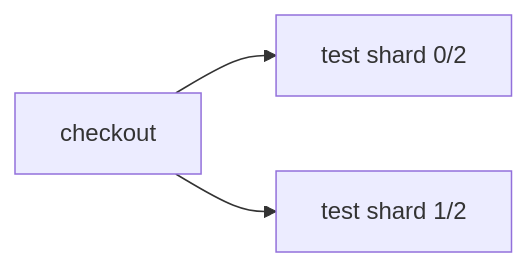
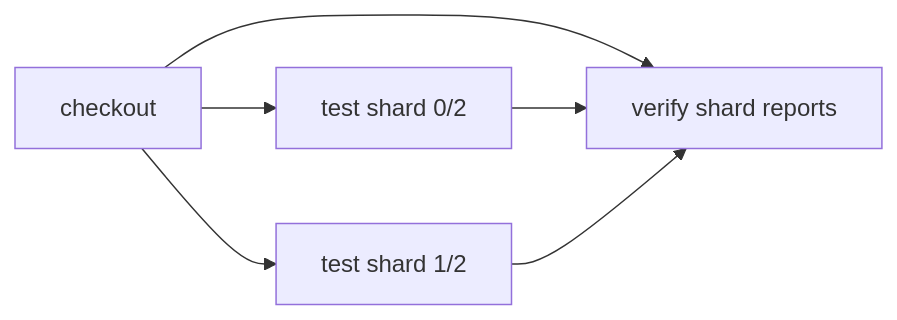
One commit to ericclemmons/effect-ci-testbed changed the diagram in examples/test-splitting/README.md. Above: the diagram before and after it, drawn with Mermaid. The commit also changed other lines of this file and 33 other files, not shown here.

First line of the commit message:
Verify matrix and test splitting on hosted Cloudflare (#401)

````diff
--- a/examples/test-splitting/README.md
+++ b/examples/test-splitting/README.md
@@ -5,8 +5,12 @@
 ```mermaid
 flowchart LR
   step_checkout["checkout"]
   step_test_shard_0_2["test shard 0/2"]
   step_test_shard_1_2["test shard 1/2"]
+  step_verify_shard_reports["verify shard reports"]
   step_checkout --> step_test_shard_0_2
   step_checkout --> step_test_shard_1_2
+  step_checkout --> step_verify_shard_reports
+  step_test_shard_0_2 --> step_verify_shard_reports
+  step_test_shard_1_2 --> step_verify_shard_reports
 ```
````
